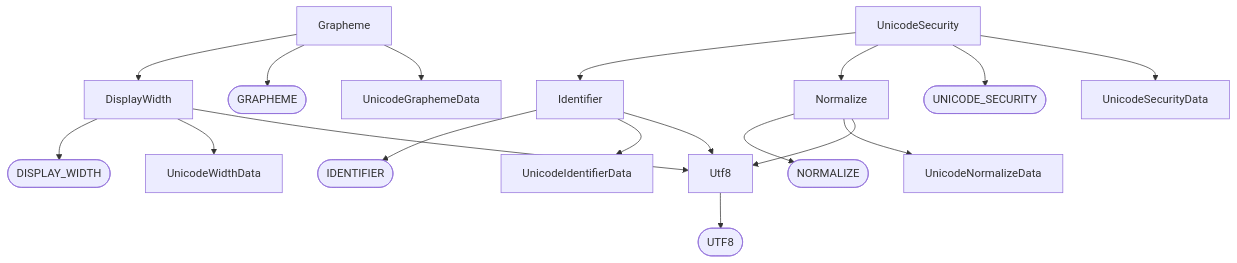
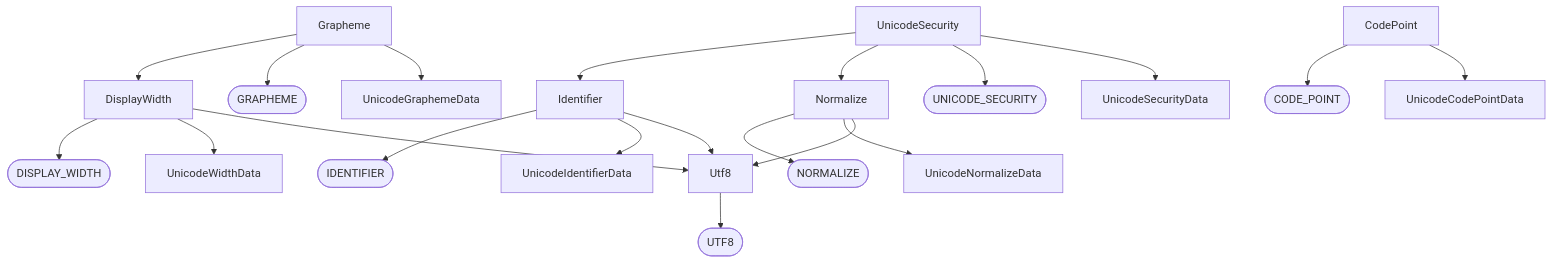
Before and after one commit to ruudkoot/rune: the second of 2 diagrams in docs/lib/unicode/depends.md, drawn with Mermaid. The commit also changed other lines of this file and 41 other files, not shown here.

Commit message:
Add the general category and simple case mappings of a code point to lib/unicode (haskell98 M11)

````diff
--- a/docs/lib/unicode/depends.md
+++ b/docs/lib/unicode/depends.md
@@ -31,37 +31,42 @@
 ```mermaid
 flowchart TD
   n0(["UTF8"])
   n1["Utf8"]
   n2["UnicodeWidthData"]
   n3(["DISPLAY_WIDTH"])
   n4["DisplayWidth"]
   n5["UnicodeGraphemeData"]
   n6(["GRAPHEME"])
   n7["Grapheme"]
   n8["UnicodeNormalizeData"]
   n9(["NORMALIZE"])
   n10["Normalize"]
   n11["UnicodeIdentifierData"]
   n12(["IDENTIFIER"])
   n13["Identifier"]
   n14["UnicodeSecurityData"]
   n15(["UNICODE_SECURITY"])
   n16["UnicodeSecurity"]
+  n17["UnicodeCodePointData"]
+  n18(["CODE_POINT"])
+  n19["CodePoint"]
   n1 --> n0
   n4 --> n3
   n4 --> n2
   n4 --> n1
   n7 --> n4
   n7 --> n6
   n7 --> n5
   n10 --> n9
   n10 --> n8
   n10 --> n1
   n13 --> n12
   n13 --> n11
   n13 --> n1
   n16 --> n13
   n16 --> n10
   n16 --> n15
   n16 --> n14
+  n19 --> n18
+  n19 --> n17
 ```
````
